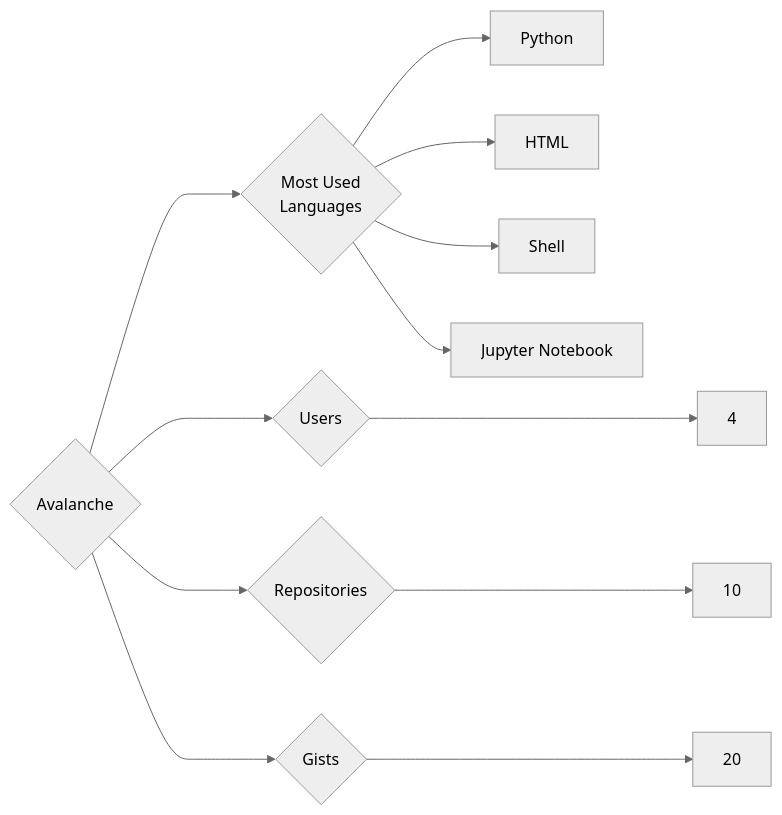
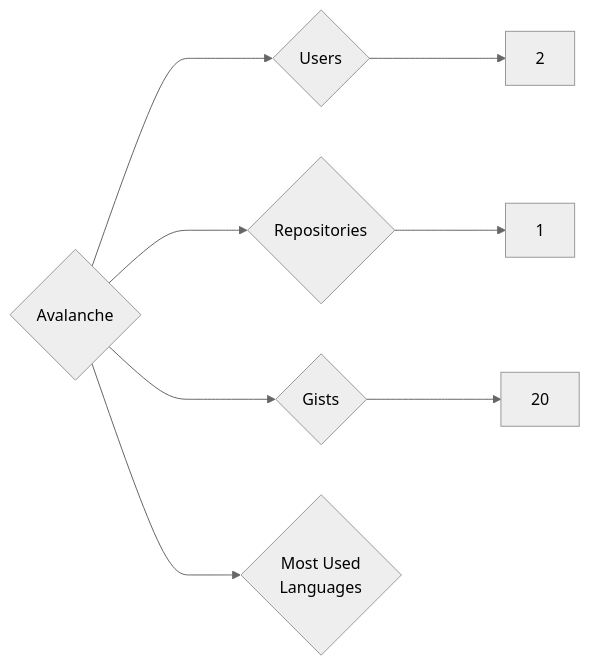
Before and after one commit to trickest/insiders: the diagram in targets/Avalanche/README.md, drawn with Mermaid (neutral theme). The commit also changed 1212 other files, not shown here.

````diff
--- a/targets/Avalanche/README.md
+++ b/targets/Avalanche/README.md
@@ -3,12 +3,8 @@
 ```mermaid
 graph LR
 COMPANY_NAME{Avalanche}
-COMPANY_NAME ---> U{Users} ---> UN[4]
-COMPANY_NAME ---> R{Repositories} ---> RN[10]
+COMPANY_NAME ---> U{Users} ---> UN[2]
+COMPANY_NAME ---> R{Repositories} ---> RN[1]
 COMPANY_NAME ---> G{Gists} ---> GN[20]
 COMPANY_NAME ---> ML{Most Used<br>Languages}
-ML --> Python[Python]
-ML --> HTML[HTML]
-ML --> Shell[Shell]
-ML --> Jupyter_Notebook[Jupyter Notebook]
 ```
````
